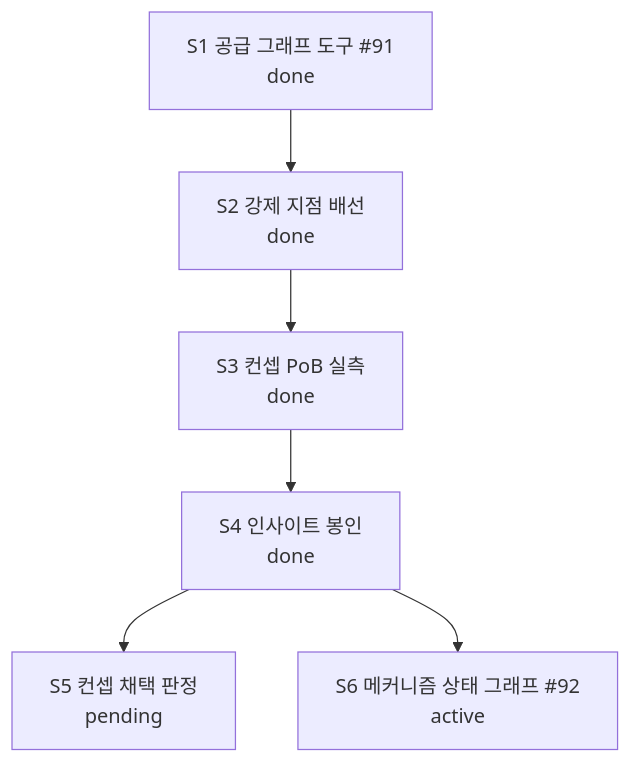
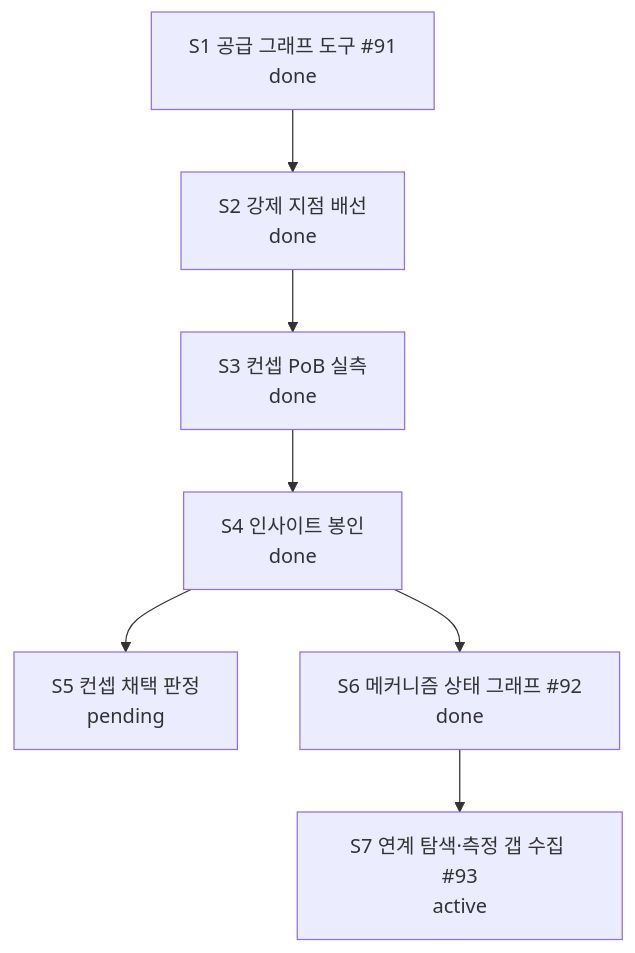
The diagram in docs/CURRENT-PLAN.md (skerfolg/poe2-ai-wiki), drawn with Mermaid before and after one commit. The commit also changed other lines of this file and 1 other file, not shown here.

Commit message:
#93 등재 — 연계가 강할수록 PoB가 못 잰다 (「개수 배수」 측정 갭 계열)
#92 그래프로 메커니즘 연계를 탐색하다 수집한 갭 6종. 공통 형태는
「개수 배수 미계상」 — PoB가 인스턴스 1개 피해를 내고 개수를 곱하지 않는다.
형태 ③(못 읽으면 델타 0)의 변종인데 더 위험하다: 델타 0이 아니라 그럴듯한
숫자가 나와 갭인 줄 모르고 읽힌다.

- 전도성 룬: 룬 10개/시전인데 1개 기준 → 표시값이 실효의 1/10
- 원소 작렬: multiplierFreezeShockIgniteOnEnemy config가 실재하는데
  1개↔20개 전 스탯 diff 0 → 최대 20배 배율 미반영
- 봉인 반복 4종(Unleash·Salvo·Expand·툴의 눈사태) 미모델, 자로크만 정상
- 뼈 폭풍 채널링 코스트 0 표출 → 코스트 축 레버 측정 불가
- 주입 접사 3종(41-59% 원소피해)·힘의 주입 등 pob_gap
- 룬 배치 기하(원뿔 확산·접촉 수) 미모델

반례도 기록: unset_config가 waitForMaxSeals를 지목해 「봉인은 손해」 오판을
막았다(x0.269 → x2.000). 미설정 config 노출이 실제로 작동한 사례.

````diff
--- a/docs/CURRENT-PLAN.md
+++ b/docs/CURRENT-PLAN.md
@@ -22,11 +22,12 @@
 ```mermaid
 flowchart TD
   TOOL["S1 공급 그래프 도구 #91<br/>done"]
   WIRE["S2 강제 지점 배선<br/>done"]
   MEASURE["S3 컨셉 PoB 실측<br/>done"]
   SEAL["S4 인사이트 봉인<br/>done"]
   VERDICT["S5 컨셉 채택 판정<br/>pending"]
-  MECH["S6 메커니즘 상태 그래프 #92<br/>active"]
+  MECH["S6 메커니즘 상태 그래프 #92<br/>done"]
+  GAPS["S7 연계 탐색·측정 갭 수집 #93<br/>active"]
   TOOL --> WIRE --> MEASURE --> SEAL --> VERDICT
-  SEAL --> MECH
+  SEAL --> MECH --> GAPS
 ```
````
